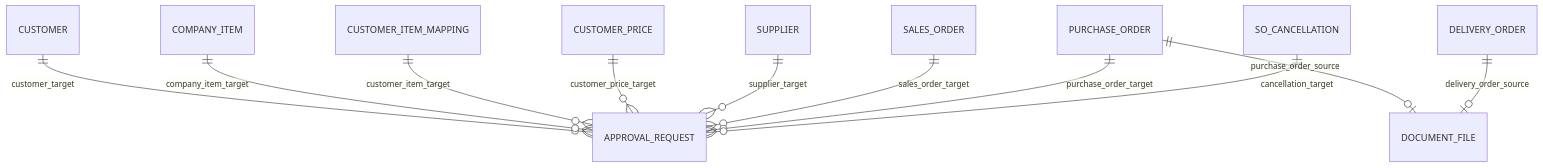
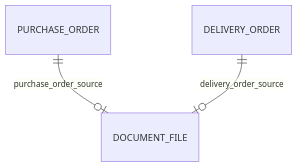
Before and after one commit to fizz123123/smart-distribution-ops: the fifth of 5 diagrams in docs/10-data-model.md, drawn with Mermaid. The commit also changed other lines of this file and 10 other files, not shown here.

````diff
--- a/docs/10-data-model.md
+++ b/docs/10-data-model.md
@@ -296,14 +300,5 @@
 ```mermaid
 erDiagram
-    CUSTOMER ||--o{ APPROVAL_REQUEST : customer_target
-    COMPANY_ITEM ||--o{ APPROVAL_REQUEST : company_item_target
-    CUSTOMER_ITEM_MAPPING ||--o{ APPROVAL_REQUEST : customer_item_target
-    CUSTOMER_PRICE ||--o{ APPROVAL_REQUEST : customer_price_target
-    SUPPLIER ||--o{ APPROVAL_REQUEST : supplier_target
-    SALES_ORDER ||--o{ APPROVAL_REQUEST : sales_order_target
-    PURCHASE_ORDER ||--o{ APPROVAL_REQUEST : purchase_order_target
-    SO_CANCELLATION ||--o{ APPROVAL_REQUEST : cancellation_target
-
     PURCHASE_ORDER ||--o| DOCUMENT_FILE : purchase_order_source
     DELIVERY_ORDER ||--o| DOCUMENT_FILE : delivery_order_source
 ```
````
